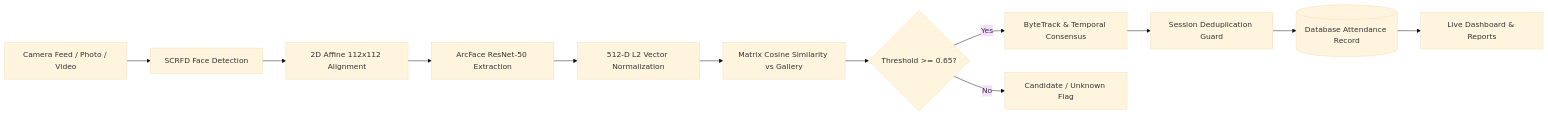
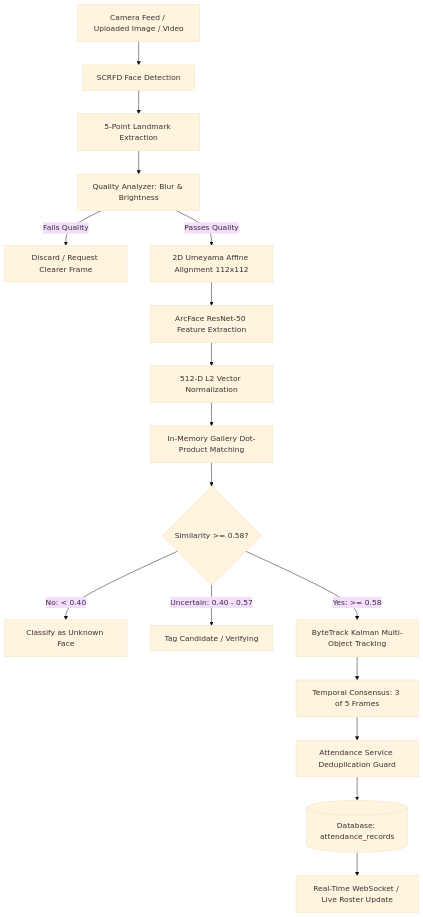
The diagram in README.md (Joyson01/SAMS), drawn with Mermaid (base theme) before and after one commit. The commit also changed other lines of this file and 52 other files, not shown here.

````diff
--- a/README.md
+++ b/README.md
@@ -53,14 +103,19 @@
 ```mermaid
-flowchart LR
-    A[Camera Feed / Photo / Video] --> B[SCRFD Face Detection]
-    B --> C[2D Affine 112x112 Alignment]
-    C --> D[ArcFace ResNet-50 Extraction]
-    D --> E[512-D L2 Vector Normalization]
-    E --> F[Matrix Cosine Similarity vs Gallery]
-    F --> G{Threshold >= 0.65?}
-    G -- Yes --> H[ByteTrack & Temporal Consensus]
-    G -- No --> I[Candidate / Unknown Flag]
-    H --> J[Session Deduplication Guard]
-    J --> K[(Database Attendance Record)]
-    K --> L[Live Dashboard & Reports]
+flowchart TD
+    A[Camera Feed / Uploaded Image / Video] --> B[SCRFD Face Detection]
+    B --> C[5-Point Landmark Extraction]
+    C --> D[Quality Analyzer: Blur & Brightness]
+    D -- Fails Quality --> E[Discard / Request Clearer Frame]
+    D -- Passes Quality --> F[2D Umeyama Affine Alignment 112x112]
+    F --> G[ArcFace ResNet-50 Feature Extraction]
+    G --> H[512-D L2 Vector Normalization]
+    H --> I[In-Memory Gallery Dot-Product Matching]
+    I --> J{Similarity >= 0.58?}
+    J -- No: < 0.40 --> K[Classify as Unknown Face]
+    J -- Uncertain: 0.40 - 0.57 --> L[Tag Candidate / Verifying]
+    J -- Yes: >= 0.58 --> M[ByteTrack Kalman Multi-Object Tracking]
+    M --> N[Temporal Consensus: 3 of 5 Frames]
+    N --> O[Attendance Service Deduplication Guard]
+    O --> P[(Database: attendance_records)]
+    P --> Q[Real-Time WebSocket / Live Roster Update]
 ```
````
